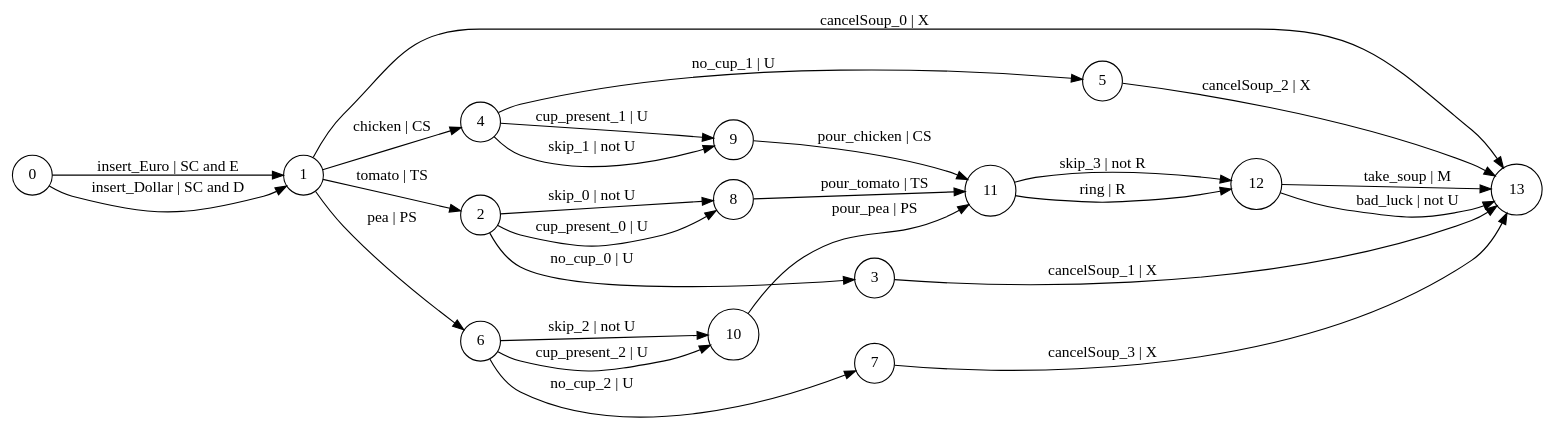
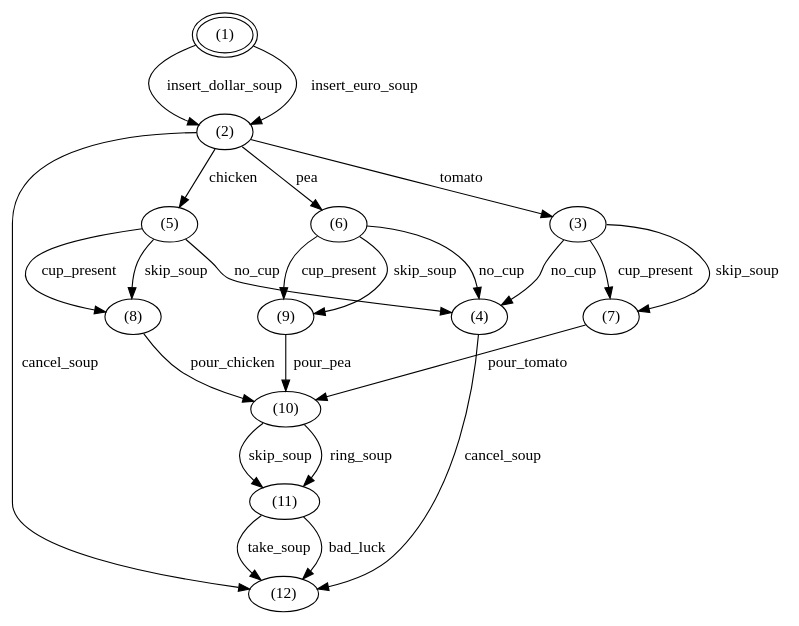
The diagram in src/main/resources/fts/vm/soup.dot (sfortz/BehavioralFeatureModel), drawn with Graphviz before and after one commit. The commit also changed 11 other files, not shown here.

```diff
--- a/src/main/resources/fts/vm/soup.dot
+++ b/src/main/resources/fts/vm/soup.dot
@@ -1,32 +1,42 @@
-digraph SOUP {
-  node [shape=circle];
-  rankdir=LR;
-  name="SOUP";
-  0 [initial=True]
-
-  0 -> 1 [ label = "insert_Euro | SC and E" ];
-  0 -> 1 [ label = "insert_Dollar | SC and D" ];
-  1 -> 13 [ label = "cancelSoup_0 | X" ];
-  1 -> 2 [ label = "tomato | TS" ];
-  1 -> 4 [ label = "chicken | CS" ];
-  1 -> 6 [ label = "pea | PS" ];
-  2 -> 3 [ label = "no_cup_0 | U" ];
-  2 -> 8 [ label = "cup_present_0 | U" ];
-  2 -> 8 [ label = "skip_0 | not U" ];
-  3 -> 13 [ label = "cancelSoup_1 | X" ];
-  4 -> 5 [ label = "no_cup_1 | U" ];
-  4 -> 9 [ label = "cup_present_1 | U" ];
-  4 -> 9 [ label = "skip_1 | not U" ];
-  5 -> 13 [ label = "cancelSoup_2 | X" ];
-  6 -> 7 [ label = "no_cup_2 | U" ];
-  6 -> 10 [ label = "cup_present_2 | U" ];
-  6 -> 10 [ label = "skip_2 | not U" ];
-  7 -> 13 [ label = "cancelSoup_3 | X" ];
-  8 -> 11 [ label = "pour_tomato | TS" ];
-  9 -> 11 [ label = "pour_chicken | CS" ];
-  10 -> 11 [ label = "pour_pea | PS" ];
-  11 -> 12 [ label = "skip_3 | not R" ];
-  11 -> 12 [ label = "ring | R" ];
-  12 -> 13 [ label = "take_soup | M" ];
-  12 -> 13 [ label = "bad_luck | not U" ];
+digraph G {
+center = TRUE;
+mclimit = 10.0;
+nodesep = 0.05;
+node [ width=0.25, height=0.25, label="" ];
+s0 [ peripheries=2 ];
+s0 [label="(1)"];
+s1 [label="(2)"];
+s2 [label="(6)"];
+s3 [label="(5)"];
+s4 [label="(3)"];
+s5 [label="(12)"];
+s6 [label="(4)"];
+s7 [label="(9)"];
+s8 [label="(8)"];
+s9 [label="(7)"];
+s10 [label="(10)"];
+s11 [label="(11)"];
+s0->s1[label="insert_dollar_soup"];
+s0->s1[label="insert_euro_soup"];
+s1->s2[label="pea"];
+s1->s3[label="chicken"];
+s1->s4[label="tomato"];
+s1->s5[label="cancel_soup"];
+s2->s6[label="no_cup"];
+s2->s7[label="cup_present"];
+s2->s7[label="skip_soup"];
+s3->s6[label="no_cup"];
+s3->s8[label="cup_present"];
+s3->s8[label="skip_soup"];
+s4->s6[label="no_cup"];
+s4->s9[label="cup_present"];
+s4->s9[label="skip_soup"];
+s6->s5[label="cancel_soup"];
+s7->s10[label="pour_pea"];
+s8->s10[label="pour_chicken"];
+s9->s10[label="pour_tomato"];
+s10->s11[label="ring_soup"];
+s10->s11[label="skip_soup"];
+s11->s5[label="bad_luck"];
+s11->s5[label="take_soup"];
 }
```
